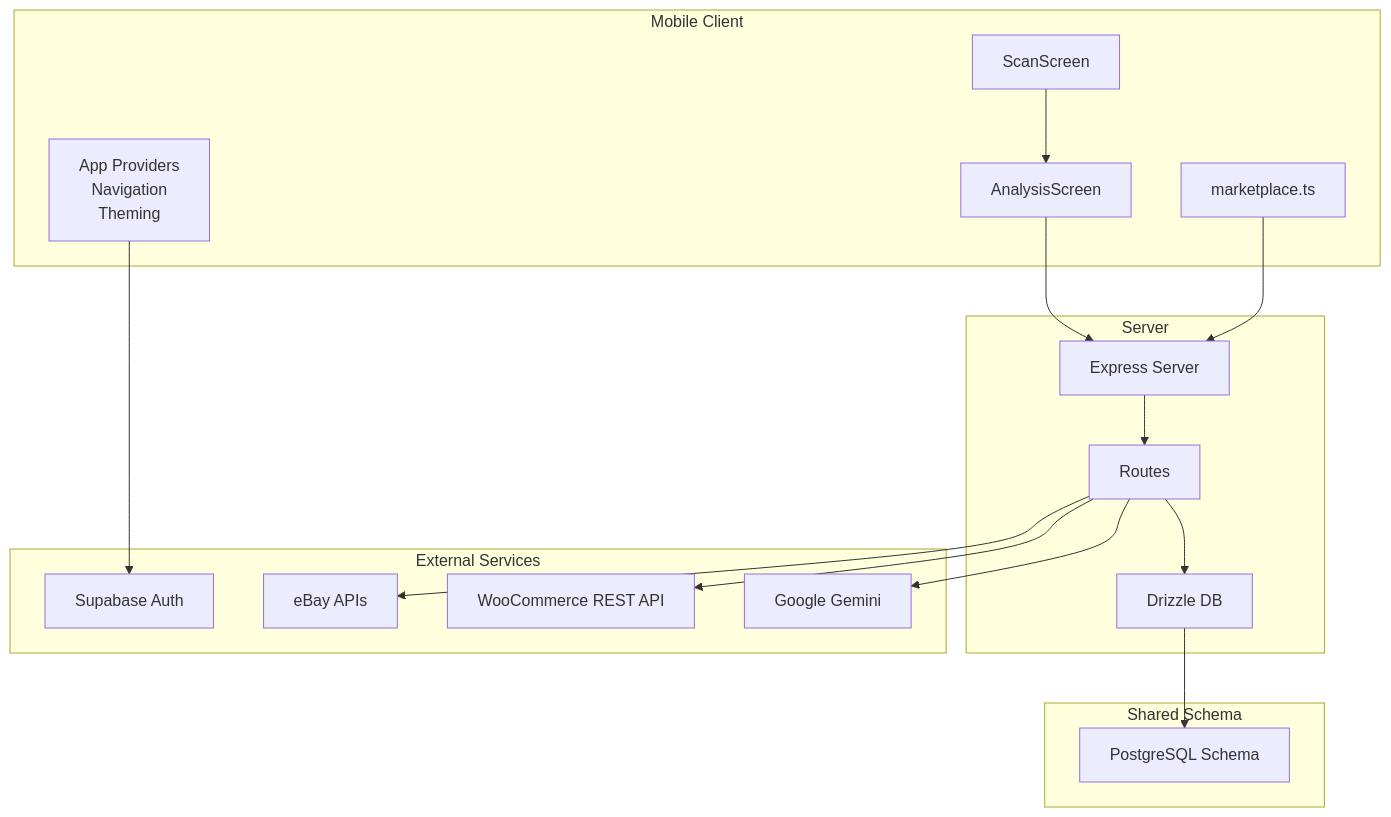
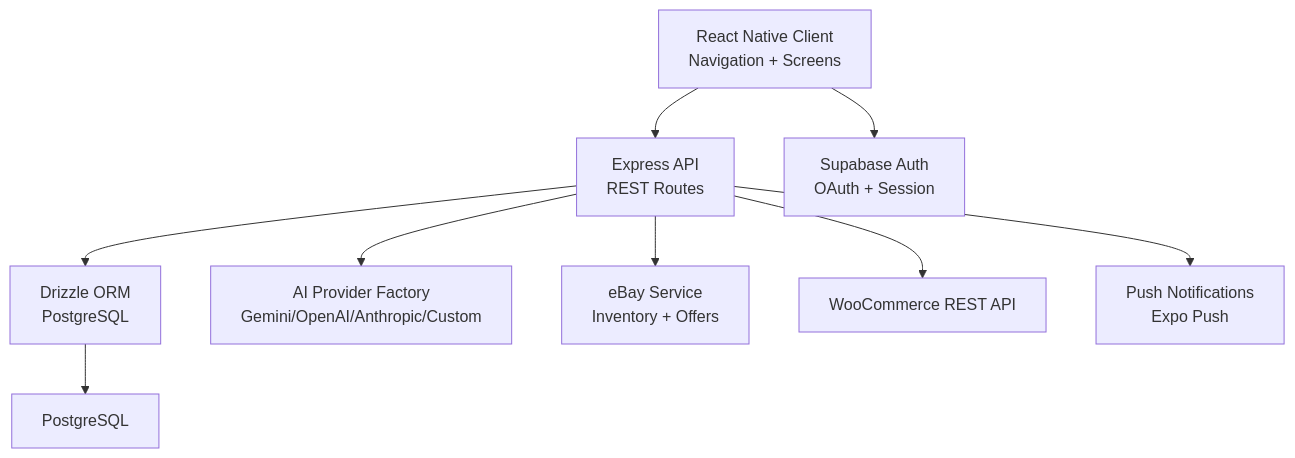
Before and after one commit to hunglevi87/Hidden-Gem: the second of 10 diagrams in .qoder/repowiki/en/content/Architecture Overview/Architecture Overview.md, drawn with Mermaid. The commit also changed other lines of this file and 99 other files, not shown here.

````diff
--- a/.qoder/repowiki/en/content/Architecture Overview/Architecture Overview.md
+++ b/.qoder/repowiki/en/content/Architecture Overview/Architecture Overview.md
@@ -126,33 +165,11 @@
 ```mermaid
 graph TB
-subgraph "External Services"
-E_Supabase["Supabase Auth"]
-E_Gemini["Google Gemini"]
-E_Woo["WooCommerce REST API"]
-E_eBay["eBay APIs"]
-end
-subgraph "Mobile Client"
-C_App["App Providers<br/>Navigation<br/>Theming"]
-C_Scan["ScanScreen"]
-C_Analysis["AnalysisScreen"]
-C_Market["marketplace.ts"]
-end
-subgraph "Server"
-S_Index["Express Server"]
-S_Route["Routes"]
-S_DB["Drizzle DB"]
-end
-subgraph "Shared Schema"
-SH["PostgreSQL Schema"]
-end
-C_Scan --> C_Analysis
-C_Analysis --> S_Index
-S_Index --> S_Route
-S_Route --> S_DB
-S_DB --> SH
-S_Route --> E_Gemini
-S_Route --> E_Woo
-S_Route --> E_eBay
-C_App --> E_Supabase
-C_Market --> S_Index
+Client["React Native Client<br/>Navigation + Screens"] --> API["Express API<br/>REST Routes"]
+API --> ORM["Drizzle ORM<br/>PostgreSQL"]
+ORM --> DB["PostgreSQL"]
+API --> AI["AI Provider Factory<br/>Gemini/OpenAI/Anthropic/Custom"]
+API --> eBayInt["eBay Service<br/>Inventory + Offers"]
+API --> WCInt["WooCommerce REST API"]
+API --> Notif["Push Notifications<br/>Expo Push"]
+Client --> Auth["Supabase Auth<br/>OAuth + Session"]
 ```
````
